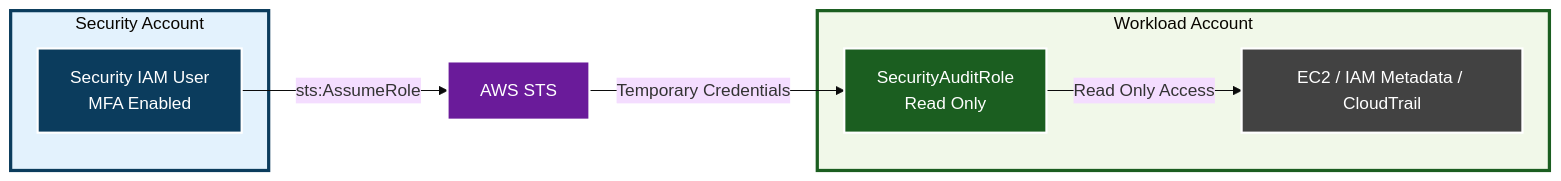
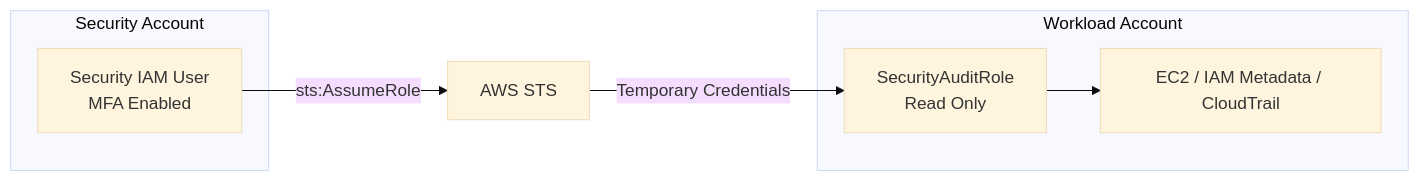
The diagram in README.md (Abdullah-Sajid-Qazi/Cloud-Security-Projects), drawn with Mermaid (base theme) before and after one commit.

Commit message:
Refactor Mermaid diagram in README.md
Updated Mermaid diagram syntax for compatibility and improved formatting.

````diff
--- a/README.md
+++ b/README.md
@@ -32,31 +32,16 @@
 ```mermaid
-%% GitHub-compatible Mermaid diagram (fixed syntax)
+graph LR
+    U[Security IAM User<br/>MFA Enabled] -->|sts:AssumeRole| STS[AWS STS]
 
-graph LR
-    U["Security IAM User<br/>MFA Enabled"]
-    STS["AWS STS"]
-    R["SecurityAuditRole<br/>Read Only"]
-    RES["EC2 / IAM Metadata / CloudTrail"]
-
-    U -->|sts:AssumeRole| STS
-    STS -->|Temporary Credentials| R
-    R -->|Read Only Access| RES
-
-    subgraph SA[Security Account]
+    subgraph Security_Account[Security Account]
         U
     end
 
-    subgraph WA[Workload Account]
-        R
-        RES
+    subgraph Workload_Account[Workload Account]
+        R[SecurityAuditRole<br/>Read Only]
+        RES[EC2 / IAM Metadata / CloudTrail]
+        R --> RES
     end
 
-    %% Styling (GitHub-safe)
-    style U fill:#0b3c5d,color:#ffffff,stroke:#ffffff,stroke-width:2px
-    style STS fill:#6a1b9a,color:#ffffff,stroke:#ffffff,stroke-width:2px
-    style R fill:#1b5e20,color:#ffffff,stroke:#ffffff,stroke-width:2px
-    style RES fill:#424242,color:#ffffff,stroke:#ffffff,stroke-width:2px
-
-    style SA fill:#e3f2fd,stroke:#0b3c5d,stroke-width:3px
-    style WA fill:#f1f8e9,stroke:#1b5e20,stroke-width:3px
+    STS -->|Temporary Credentials| R
 ```
````
